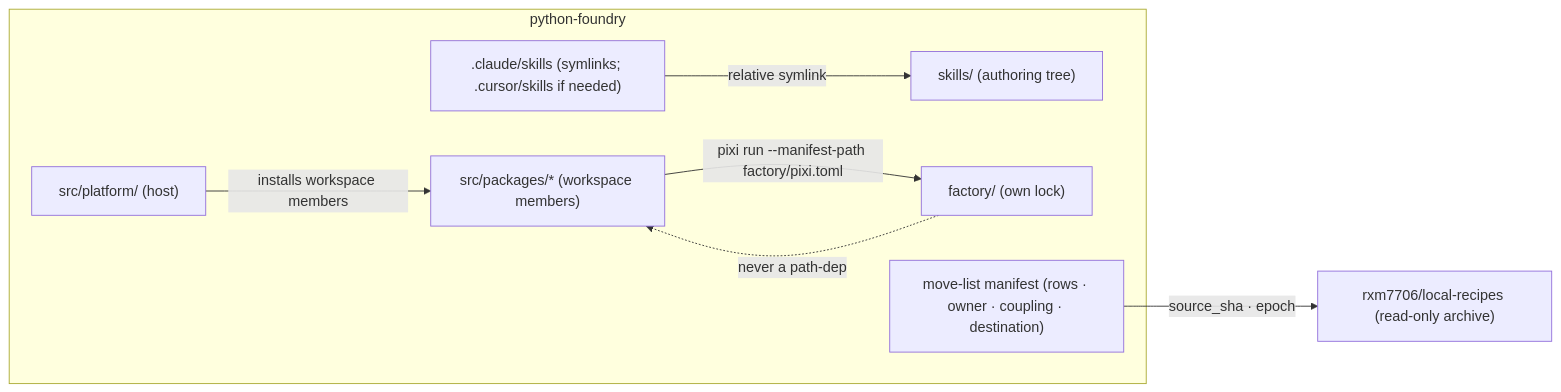
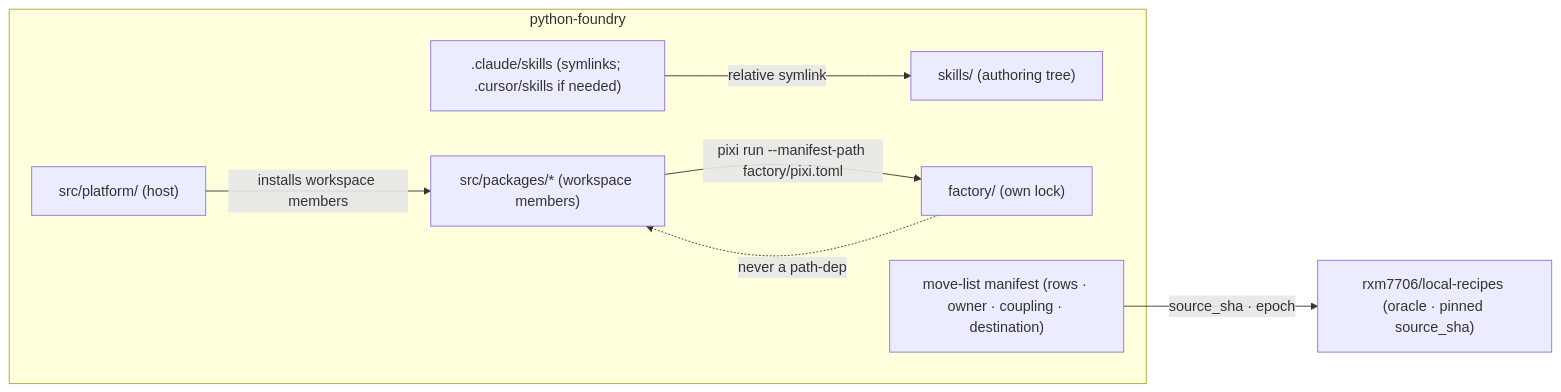
The fourth of 11 diagrams in _bmad-output/projects/pyforge-steward/planning-artifacts/architecture/architecture-pyforge-steward-2026-07-25/ARCHITECTURE-SPINE.md (rxm7706/local-recipes), drawn with Mermaid before and after one commit. The commit also changed other lines of this file and 4 other files, not shown here.

````diff
--- a/_bmad-output/projects/pyforge-steward/planning-artifacts/architecture/architecture-pyforge-steward-2026-07-25/ARCHITECTURE-SPINE.md
+++ b/_bmad-output/projects/pyforge-steward/planning-artifacts/architecture/architecture-pyforge-steward-2026-07-25/ARCHITECTURE-SPINE.md
@@ -650,17 +650,17 @@
 ```mermaid
 flowchart LR
   subgraph foundry [python-foundry]
     host["src/platform/ (host)"]
     pkgs["src/packages/* (workspace members)"]
     skills["skills/ (authoring tree)"]
     adapters[".claude/skills (symlinks; .cursor/skills if needed)"]
     island["factory/ (own lock)"]
     manifest["move-list manifest (rows · owner · coupling · destination)"]
   end
-  archive["rxm7706/local-recipes (read-only archive)"]
+  oracle["rxm7706/local-recipes (oracle · pinned source_sha)"]
   host -->|"installs workspace members"| pkgs
   adapters -->|"relative symlink"| skills
   pkgs -->|"pixi run --manifest-path factory/pixi.toml"| island
-  manifest -->|"source_sha · epoch"| archive
+  manifest -->|"source_sha · epoch"| oracle
   island -.->|"never a path-dep"| pkgs
 ```
````
